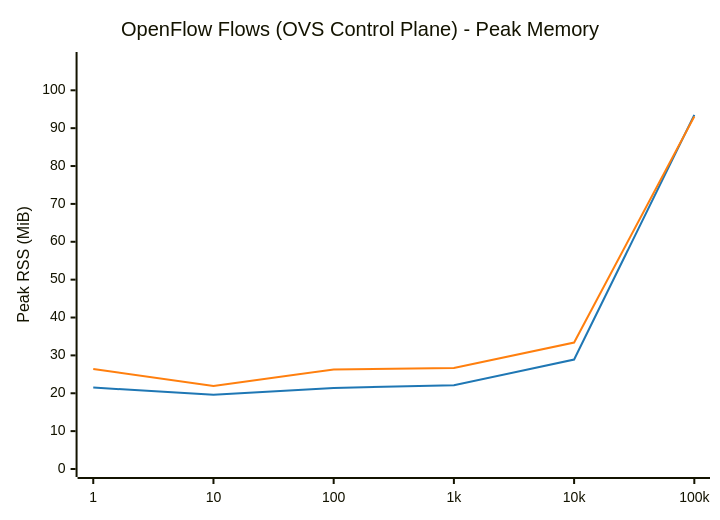
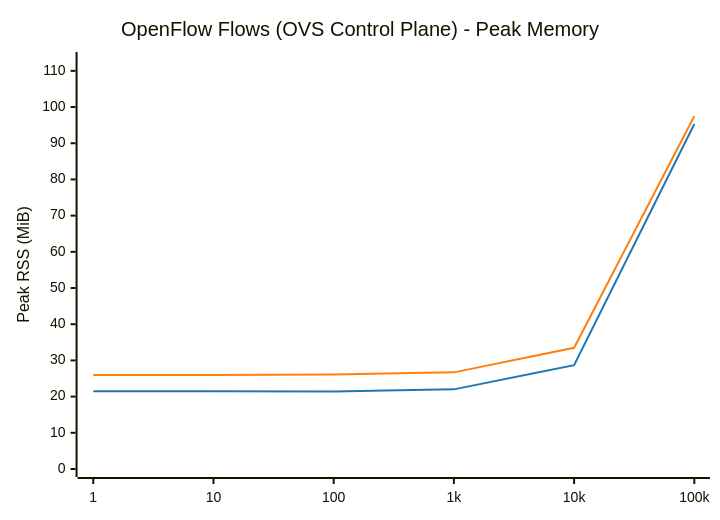
Diagram 12 of 16 in results/BENCHMARK_REPORT.md (LionelJouin/ovs-ovn-bench), drawn with Mermaid before and after one commit. The commit also changed other lines of this file and 1 other file, not shown here.

````diff
--- a/results/BENCHMARK_REPORT.md
+++ b/results/BENCHMARK_REPORT.md
@@ -573,14 +573,14 @@
 ```mermaid
 ---
 config:
     themeVariables:
         xyChart:
             plotColorPalette: "#1f77b4, #ff7f0e"
 ---
 xychart-beta
     title "OpenFlow Flows (OVS Control Plane) - Peak Memory"
     x-axis ["1", "10", "100", "1k", "10k", "100k"]
-    y-axis "Peak RSS (MiB)" 0 --> 108
-    line "glibc malloc" [21.5, 19.6, 21.4, 22.1, 28.9, 93.5]
-    line "jemalloc" [26.4, 21.9, 26.3, 26.7, 33.4, 93.1]
+    y-axis "Peak RSS (MiB)" 0 --> 113
+    line "glibc malloc" [21.5, 21.5, 21.4, 22.0, 28.7, 95.3]
+    line "jemalloc" [26.0, 26.0, 26.1, 26.7, 33.5, 97.5]
 ```
````
